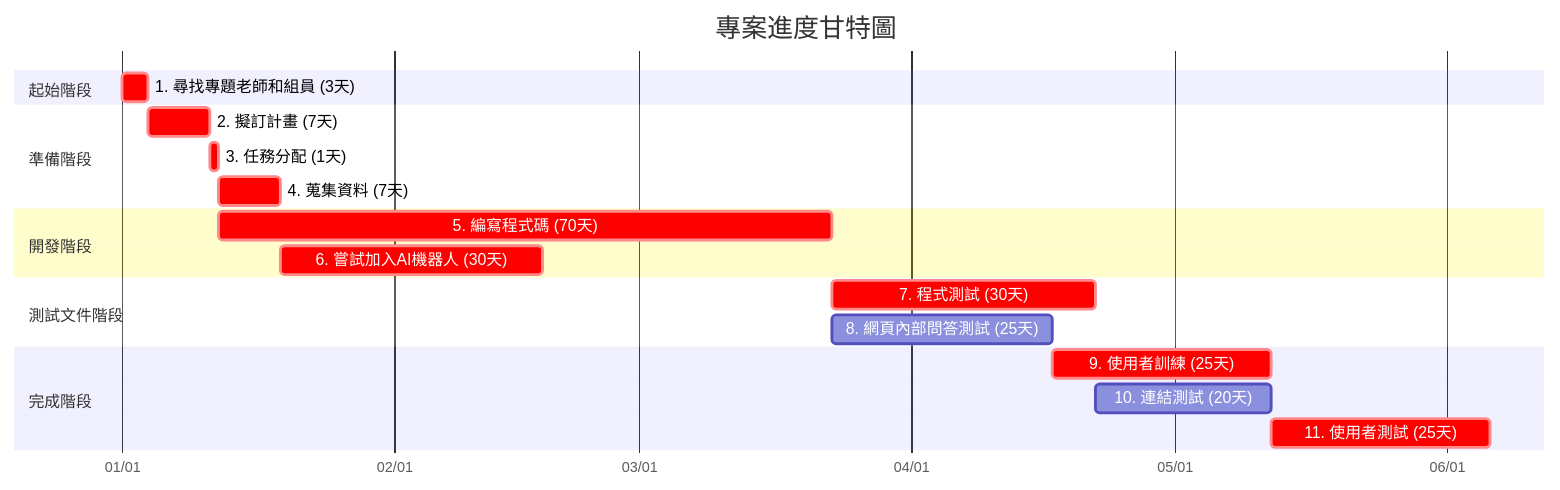
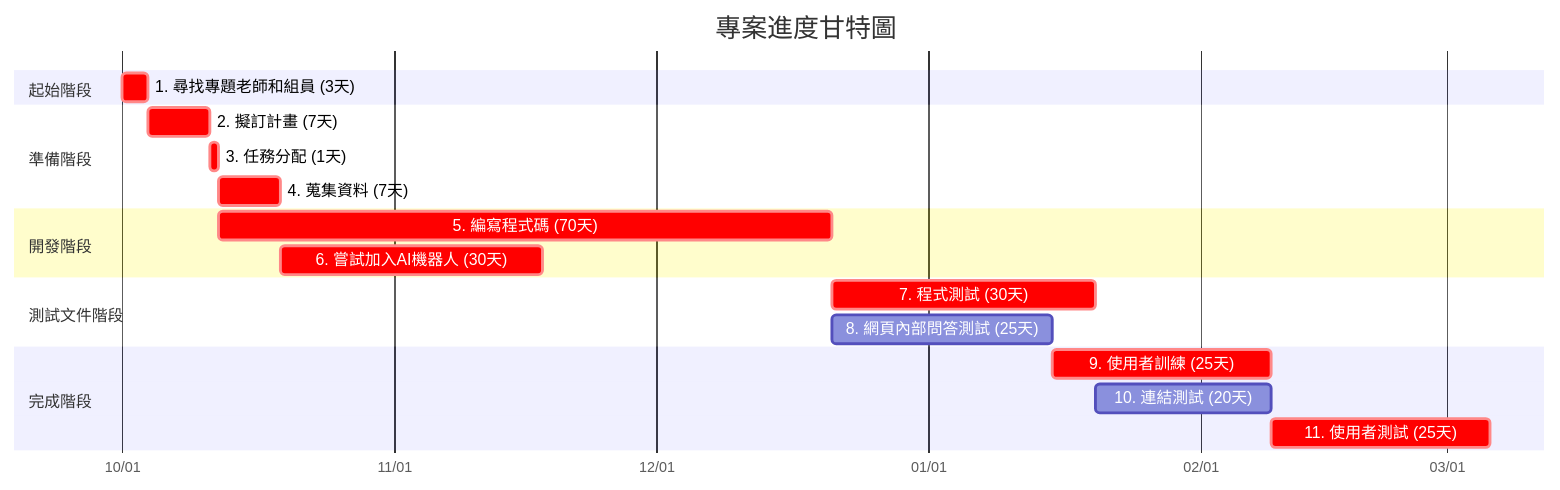
One commit to c112118202-droid/- changed the second of 2 diagrams in hw2.md. Above: the diagram before and after it, drawn with Mermaid.

````diff
--- a/hw2.md
+++ b/hw2.md
@@ -29,27 +29,27 @@
 ```mermaid
 gantt
     title 專案進度甘特圖
     dateFormat YYYY-MM-DD
     axisFormat %m/%d
     
     section 起始階段
-    1. 尋找專題老師和組員 (3天)     :crit, m1, 2025-01-01, 3d
+    1. 尋找專題老師和組員 (3天)     :crit, m1, 2025-10-01, 3d
     
     section 準備階段
     2. 擬訂計畫 (7天)     :crit, m2, after m1, 7d
     3. 任務分配 (1天)    :crit, m3, after m2, 1d
     4. 蒐集資料 (7天)    :crit, m4, after m3, 7d
 
     section 開發階段
     5. 編寫程式碼 (70天)    :crit, m5, after m3, 70d
     6. 嘗試加入AI機器人 (30天)    :crit, m6, after m4, 30d
     
     section 測試文件階段
     7. 程式測試 (30天)    :crit, m7, after m5, 30d
     8. 網頁內部問答測試 (25天) :m8, after m5, 25d
         
     section 完成階段
     9. 使用者訓練 (25天)    :crit, m9, after m8, 25d
     10. 連結測試 (20天)  :m10, after m7 m8, 20d
     11. 使用者測試 (25天)  :crit, m11, after m9 m10, 25d
 ```
````
